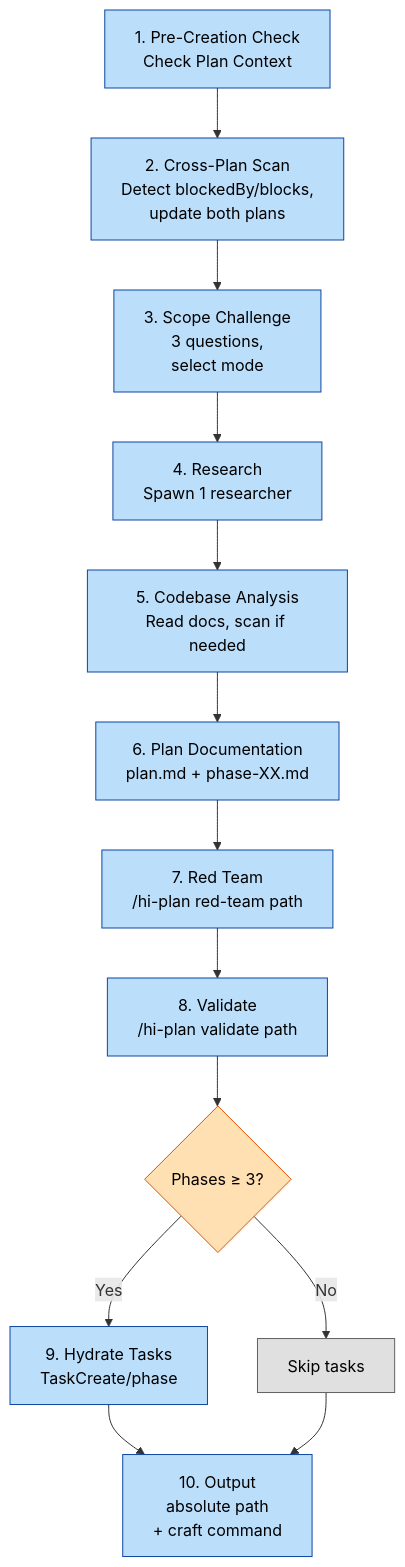
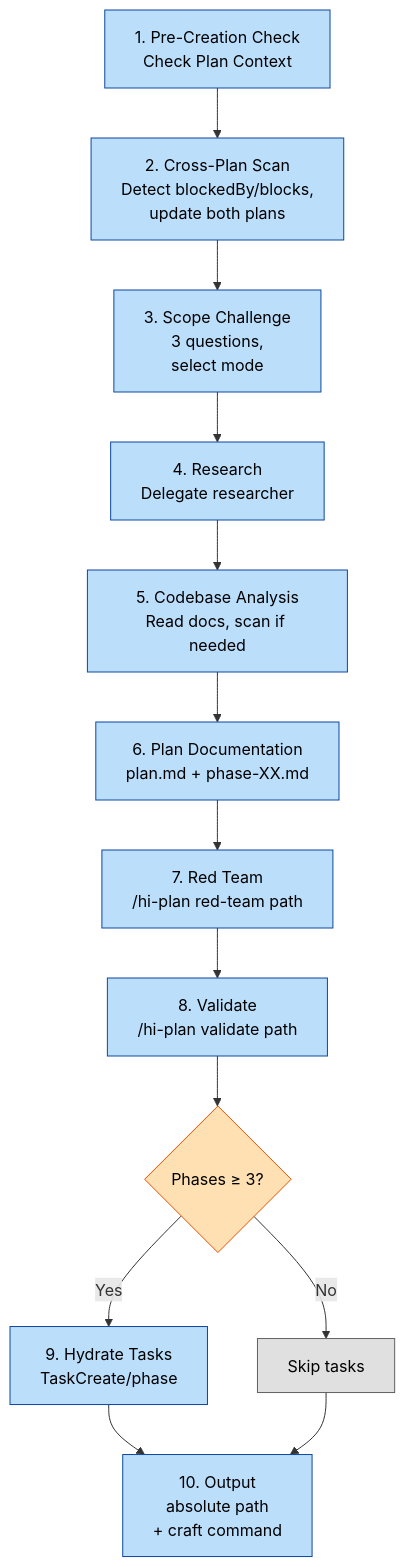
One commit to baka3k/dev-kit changed the fifth of 7 diagrams in devkit.md. Above: the diagram before and after it, drawn with Mermaid. The commit also changed other lines of this file and 11 other files, not shown here.

````diff
--- a/devkit.md
+++ b/devkit.md
@@ -135,23 +135,23 @@
 ```mermaid
 graph TD
     A[1. Pre-Creation Check<br/>Check Plan Context] --> B[2. Cross-Plan Scan<br/>Detect blockedBy/blocks,<br/>update both plans]
     B --> C[3. Scope Challenge<br/>3 questions,<br/>select mode]
-    C --> D[4. Research<br/>Spawn 1 researcher]
+    C --> D[4. Research<br/>Delegate researcher]
     D --> E[5. Codebase Analysis<br/>Read docs, scan if needed]
     E --> F[6. Plan Documentation<br/>plan.md + phase-XX.md]
     F --> G[7. Red Team<br/>/hi-plan red-team path]
     G --> H[8. Validate<br/>/hi-plan validate path]
     H --> I{Phases ≥ 3?}
     I -->|Yes| J[9. Hydrate Tasks<br/>TaskCreate/phase]
     I -->|No| K[Skip tasks]
     J --> L[10. Output<br/>absolute path<br/>+ craft command]
     K --> L
 
     classDef step fill:#bbdefb,stroke:#0d47a1,color:#000
     classDef skip fill:#e0e0e0,stroke:#616161,color:#000
     classDef gate fill:#ffe0b2,stroke:#e65100,color:#000
     class A,B,C,D,E,F,G,H,J,L step
     class K skip
     class I gate
 
 ```
````
